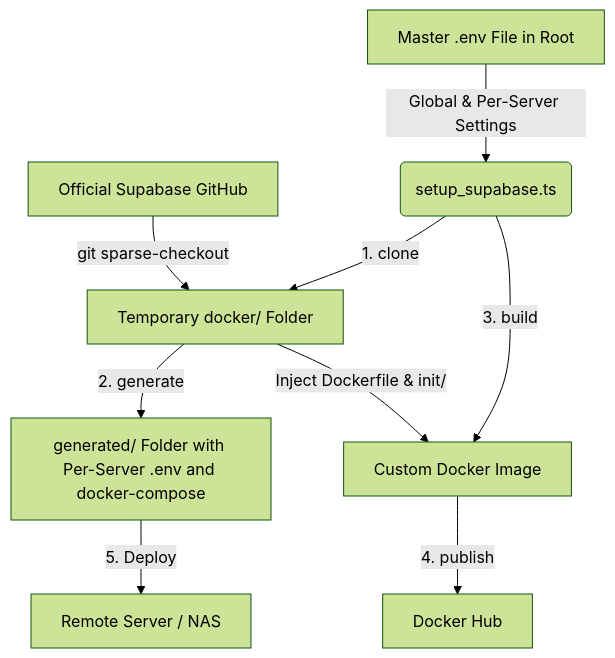
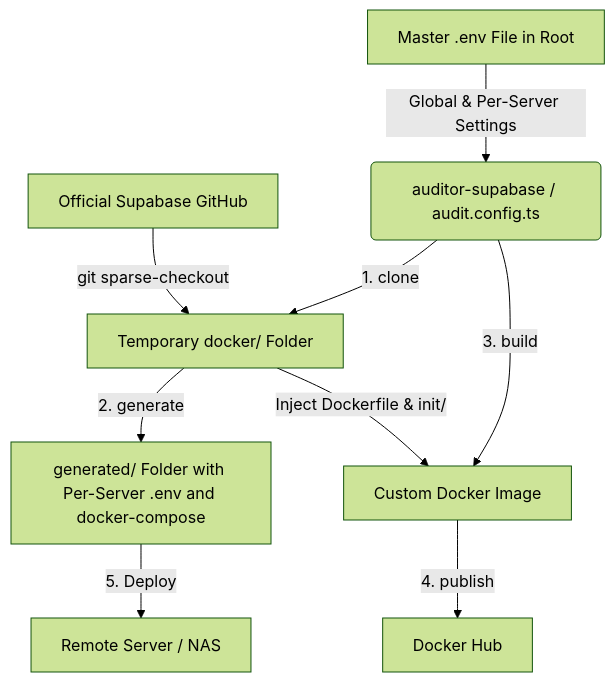
Before and after one commit to Darkham77/PokeBorrador: the diagram in supabase/README.md, drawn with Mermaid (forest theme). The commit also changed other lines of this file and 51 other files, not shown here.

````diff
--- a/supabase/README.md
+++ b/supabase/README.md
@@ -35,11 +36,11 @@
 ```mermaid
 graph TD
-    A[Master .env File in Root] -->|"Global & Per-Server Settings"| B(setup_supabase.ts)
+    A[Master .env File in Root] -->|"Global & Per-Server Settings"| B("auditor-supabase / audit.config.ts")
     C[Official Supabase GitHub] -->|git sparse-checkout| D[Temporary docker/ Folder]
     B -->|1. clone| D
     D -->|2. generate| E[generated/ Folder with Per-Server .env and docker-compose]
     D -->|"Inject Dockerfile & init/"| F[Custom Docker Image]
     B -->|3. build| F
     F -->|4. publish| G[Docker Hub]
     E -->|5. Deploy| H[Remote Server / NAS]
 ```
````
